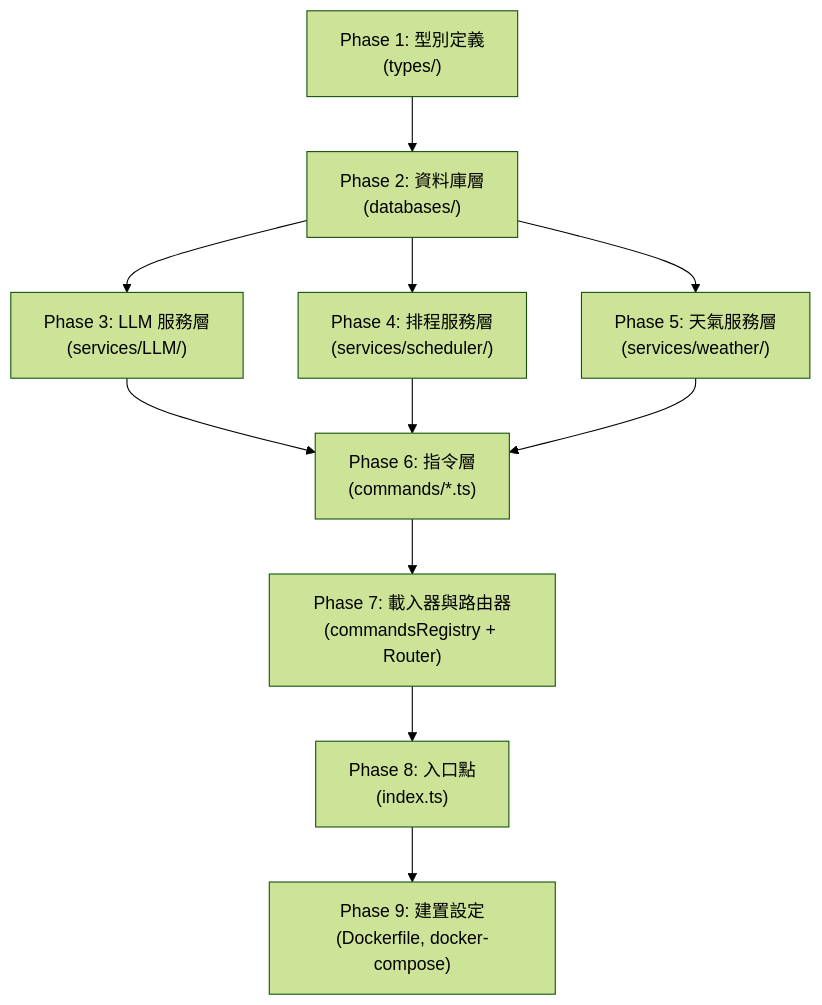
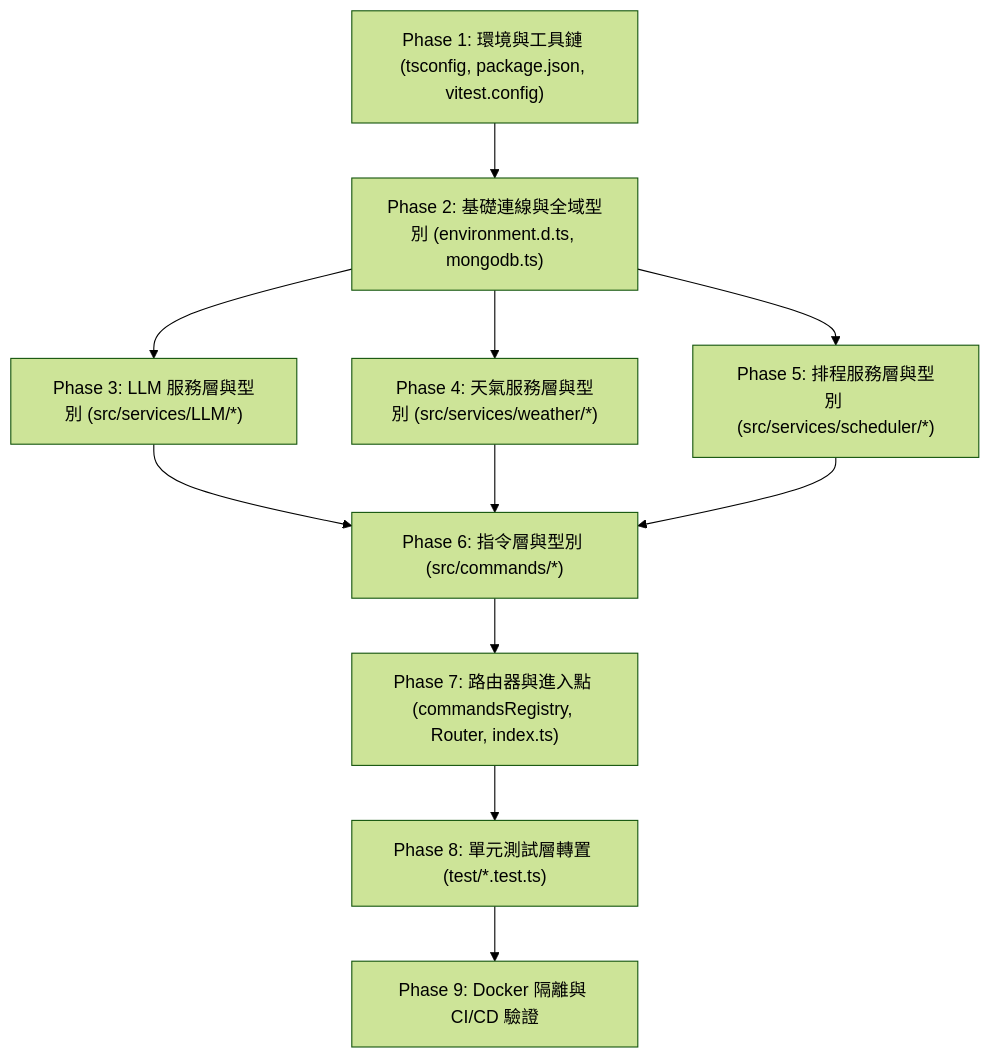
The diagram in implements/typescript_migration_plan.md (Balrog-Reaper/LinBot), drawn with Mermaid (forest theme) before and after one commit. The commit also changed other lines of this file and 68 other files, not shown here.

````diff
--- a/implements/typescript_migration_plan.md
+++ b/implements/typescript_migration_plan.md
@@ -684,13 +346,13 @@
 ```mermaid
 graph TD
-    P1["Phase 1: 型別定義<br/>(types/)"] --> P2["Phase 2: 資料庫層<br/>(databases/)"]
-    P2 --> P3["Phase 3: LLM 服務層<br/>(services/LLM/)"]
-    P2 --> P4["Phase 4: 排程服務層<br/>(services/scheduler/)"]
-    P2 --> P5["Phase 5: 天氣服務層<br/>(services/weather/)"]
-    P3 --> P6["Phase 6: 指令層<br/>(commands/*.ts)"]
+    P1["Phase 1: 環境與工具鏈 (tsconfig, package.json, vitest.config)"] --> P2["Phase 2: 基礎連線與全域型別 (environment.d.ts, mongodb.ts)"]
+    P2 --> P3["Phase 3: LLM 服務層與型別 (src/services/LLM/*)"]
+    P2 --> P4["Phase 4: 天氣服務層與型別 (src/services/weather/*)"]
+    P2 --> P5["Phase 5: 排程服務層與型別 (src/services/scheduler/*)"]
+    P3 --> P6["Phase 6: 指令層與型別 (src/commands/*)"]
     P4 --> P6
     P5 --> P6
-    P6 --> P7["Phase 7: 載入器與路由器<br/>(commandsRegistry + Router)"]
-    P7 --> P8["Phase 8: 入口點<br/>(index.ts)"]
-    P8 --> P9["Phase 9: 建置設定<br/>(Dockerfile, docker-compose)"]
+    P6 --> P7["Phase 7: 路由器與進入點 (commandsRegistry, Router, index.ts)"]
+    P7 --> P8["Phase 8: 單元測試層轉置 (test/*.test.ts)"]
+    P8 --> P9["Phase 9: Docker 隔離與 CI/CD 驗證"]
 ```
````
